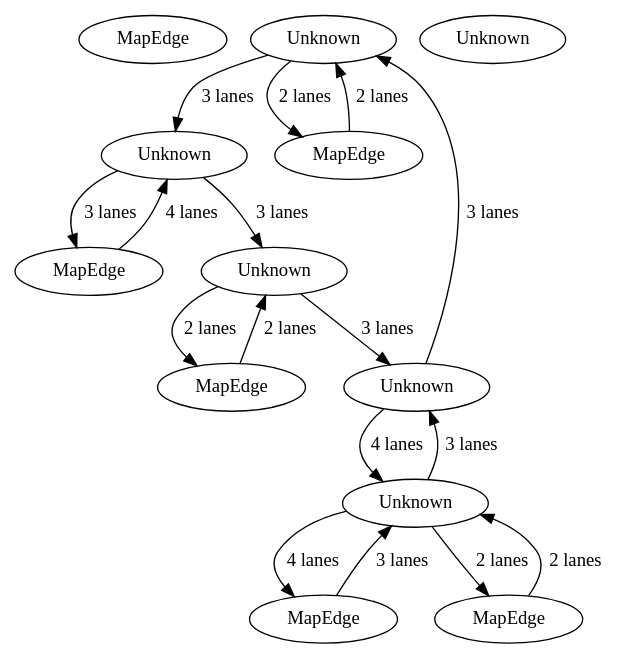
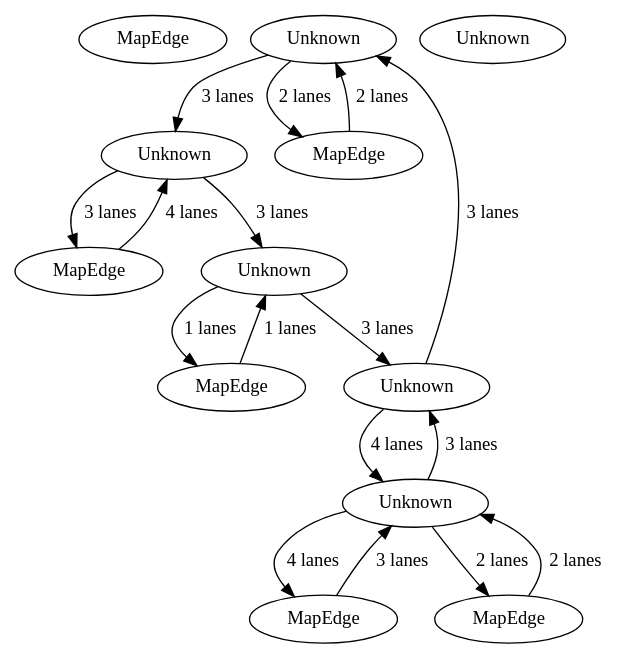
The diagram in src/aurora_sausage_link/road_network.dot (a-b-street/osm2streets), drawn with Graphviz before and after one commit. The commit also changed 13 other files, not shown here.

```diff
--- a/src/aurora_sausage_link/road_network.dot
+++ b/src/aurora_sausage_link/road_network.dot
@@ -1,30 +1,30 @@
 digraph {
     0 [ label = "MapEdge" ]
     1 [ label = "Unknown" ]
     2 [ label = "MapEdge" ]
     3 [ label = "Unknown" ]
     4 [ label = "MapEdge" ]
     5 [ label = "Unknown" ]
     6 [ label = "MapEdge" ]
     7 [ label = "Unknown" ]
     8 [ label = "Unknown" ]
     9 [ label = "Unknown" ]
     10 [ label = "MapEdge" ]
     11 [ label = "MapEdge" ]
     3 -> 11 [ label = "2 lanes" ]
     11 -> 3 [ label = "2 lanes" ]
     7 -> 4 [ label = "3 lanes" ]
     4 -> 7 [ label = "4 lanes" ]
     2 -> 3 [ label = "3 lanes" ]
     3 -> 2 [ label = "4 lanes" ]
-    9 -> 6 [ label = "2 lanes" ]
-    6 -> 9 [ label = "2 lanes" ]
+    9 -> 6 [ label = "1 lanes" ]
+    6 -> 9 [ label = "1 lanes" ]
     1 -> 7 [ label = "3 lanes" ]
     8 -> 1 [ label = "3 lanes" ]
     7 -> 9 [ label = "3 lanes" ]
     9 -> 8 [ label = "3 lanes" ]
     3 -> 8 [ label = "3 lanes" ]
     8 -> 3 [ label = "4 lanes" ]
     10 -> 1 [ label = "2 lanes" ]
     1 -> 10 [ label = "2 lanes" ]
 }
```
